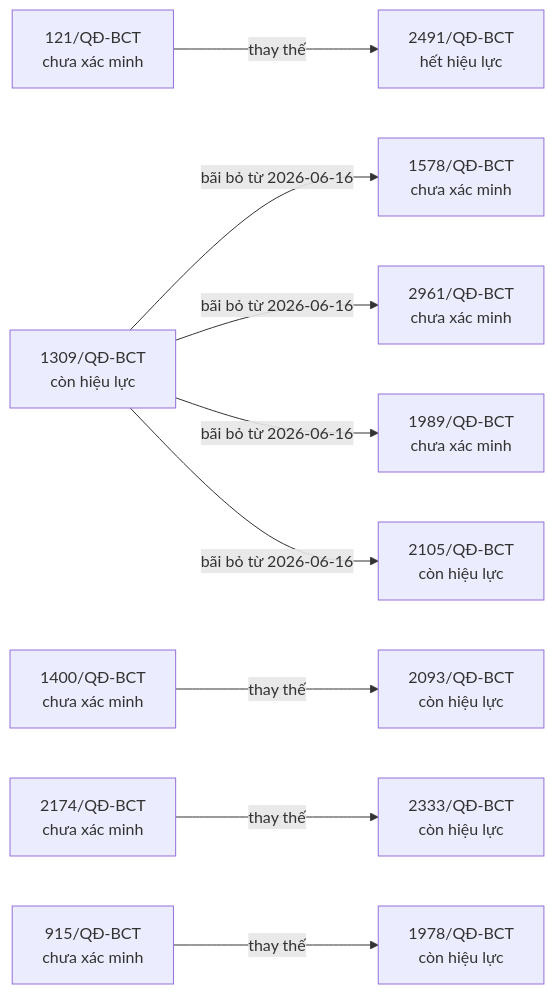
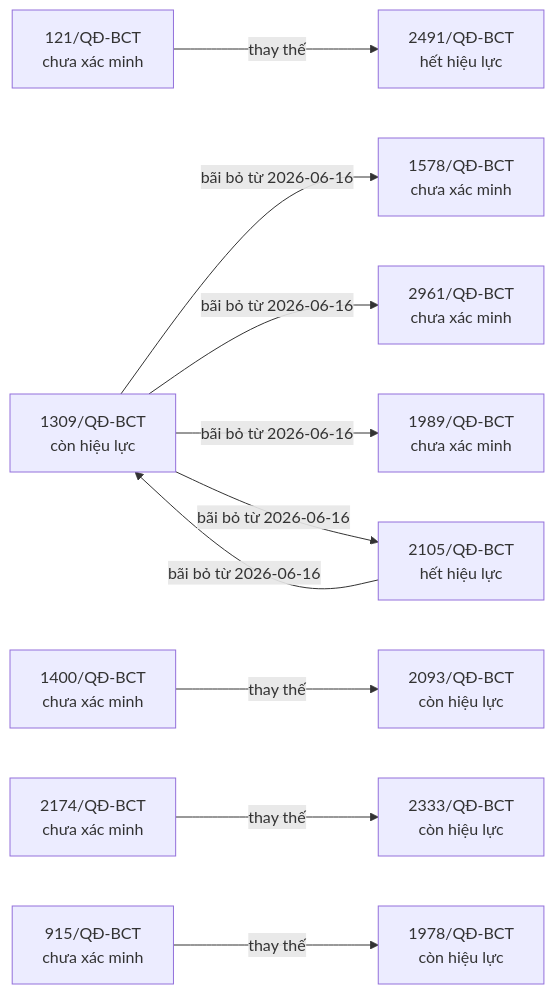
One commit to ozvietnam/oz-wiki-plhq changed the fifth of 8 diagrams in bao-cao/quan-he.md. Above: the diagram before and after it, drawn with Mermaid. The commit also changed other lines of this file and 47 other files, not shown here.

````diff
--- a/bao-cao/quan-he.md
+++ b/bao-cao/quan-he.md
@@ -203,24 +204,25 @@
 ```mermaid
 flowchart LR
   n_121_Q__BCT["121/QĐ-BCT<br/>chưa xác minh"]
   n_2491_Q__BCT["2491/QĐ-BCT<br/>hết hiệu lực"]
   n_1309_Q__BCT["1309/QĐ-BCT<br/>còn hiệu lực"]
   n_1578_Q__BCT["1578/QĐ-BCT<br/>chưa xác minh"]
   n_2961_Q__BCT["2961/QĐ-BCT<br/>chưa xác minh"]
   n_1989_Q__BCT["1989/QĐ-BCT<br/>chưa xác minh"]
-  n_2105_Q__BCT["2105/QĐ-BCT<br/>còn hiệu lực"]
+  n_2105_Q__BCT["2105/QĐ-BCT<br/>hết hiệu lực"]
   n_1400_Q__BCT["1400/QĐ-BCT<br/>chưa xác minh"]
   n_2093_Q__BCT["2093/QĐ-BCT<br/>còn hiệu lực"]
   n_2174_Q__BCT["2174/QĐ-BCT<br/>chưa xác minh"]
   n_2333_Q__BCT["2333/QĐ-BCT<br/>còn hiệu lực"]
   n_915_Q__BCT["915/QĐ-BCT<br/>chưa xác minh"]
   n_1978_Q__BCT["1978/QĐ-BCT<br/>còn hiệu lực"]
   n_121_Q__BCT -->|thay thế| n_2491_Q__BCT
   n_1309_Q__BCT -->|bãi bỏ từ 2026-06-16| n_1578_Q__BCT
   n_1309_Q__BCT -->|bãi bỏ từ 2026-06-16| n_2961_Q__BCT
   n_1309_Q__BCT -->|bãi bỏ từ 2026-06-16| n_1989_Q__BCT
   n_1309_Q__BCT -->|bãi bỏ từ 2026-06-16| n_2105_Q__BCT
   n_1400_Q__BCT -->|thay thế| n_2093_Q__BCT
+  n_2105_Q__BCT -->|bãi bỏ từ 2026-06-16| n_1309_Q__BCT
   n_2174_Q__BCT -->|thay thế| n_2333_Q__BCT
   n_915_Q__BCT -->|thay thế| n_1978_Q__BCT
 ```
````
